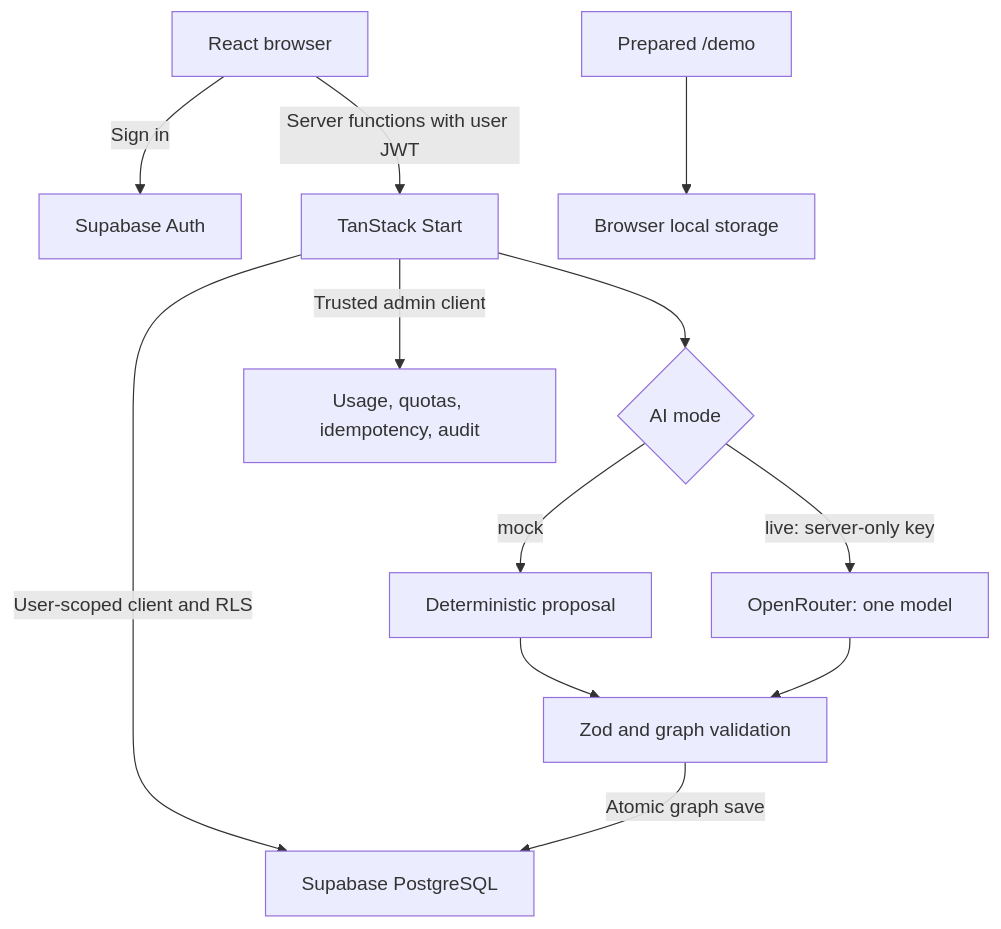
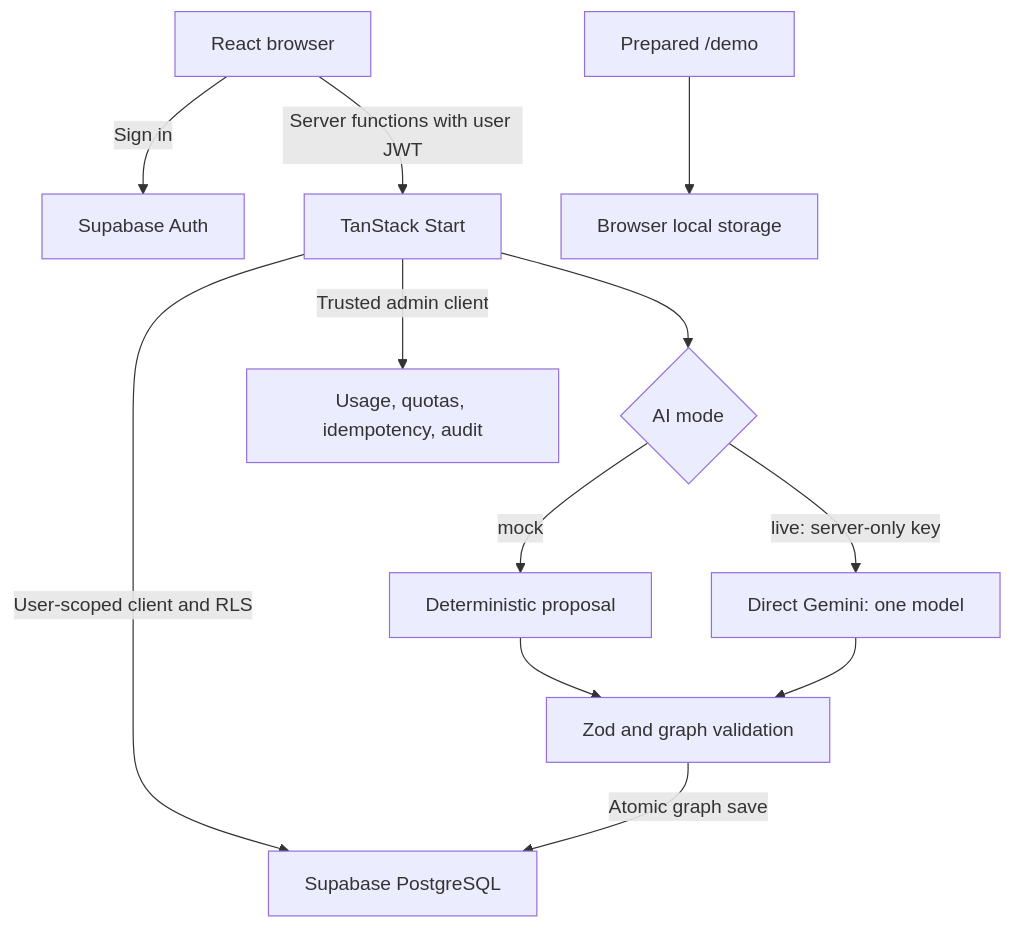
The diagram in README.md (YellankiKaushik/Reverse-Engg-VibeSprint), drawn with Mermaid before and after one commit. The commit also changed other lines of this file and 32 other files, not shown here.

Commit message:
Migrate planning to verified Gemini Free Tier with compact graphs

````diff
--- a/README.md
+++ b/README.md
@@ -56,14 +56,14 @@
 ```mermaid
 flowchart TD
     Browser[React browser] -->|Sign in| Auth[Supabase Auth]
     Browser -->|Server functions with user JWT| Server[TanStack Start]
     Server -->|User-scoped client and RLS| DB[Supabase PostgreSQL]
     Server --> AI{AI mode}
     AI -->|mock| Mock[Deterministic proposal]
-    AI -->|live: server-only key| OpenRouter[OpenRouter: one model]
+    AI -->|live: server-only key| Gemini[Direct Gemini: one model]
     Mock --> Validate[Zod and graph validation]
-    OpenRouter --> Validate
+    Gemini --> Validate
     Validate -->|Atomic graph save| DB
     Server -->|Trusted admin client| Ops[Usage, quotas, idempotency, audit]
     Demo[Prepared /demo] --> Local[Browser local storage]
 ```
````
